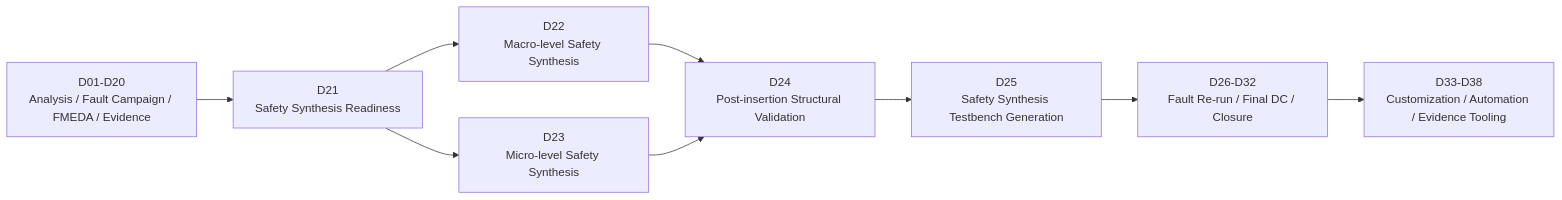
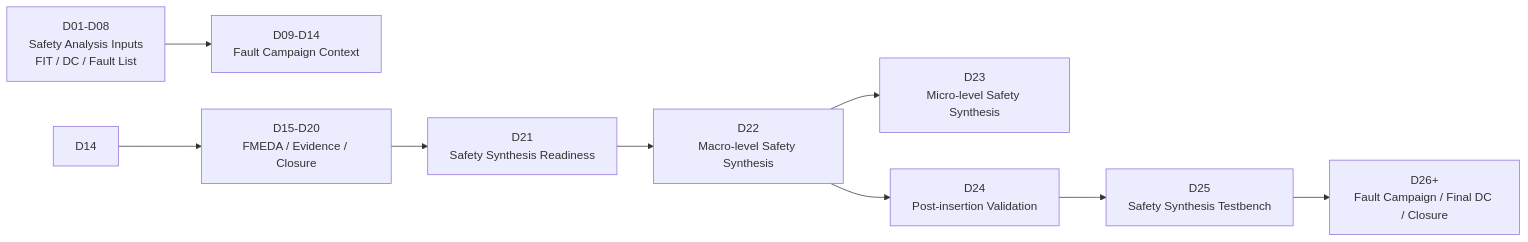
The first of 9 diagrams in articles/GitHub_D22_macro_level_safety_synthesis.md (qiqixixi1001/automotive-safeic-practice), drawn with Mermaid before and after one commit. The commit also changed other lines of this file, not shown here.

````diff
--- a/articles/GitHub_D22_macro_level_safety_synthesis.md
+++ b/articles/GitHub_D22_macro_level_safety_synthesis.md
@@ -31,11 +24,11 @@
 ```mermaid
 flowchart LR
-    A[D01-D20\nAnalysis / Fault Campaign / FMEDA / Evidence] --> B[D21\nSafety Synthesis Readiness]
-    B --> C[D22\nMacro-level Safety Synthesis]
-    B --> D[D23\nMicro-level Safety Synthesis]
-    C --> E[D24\nPost-insertion Structural Validation]
-    D --> E
-    E --> F[D25\nSafety Synthesis Testbench Generation]
-    F --> G[D26-D32\nFault Re-run / Final DC / Closure]
-    G --> H[D33-D38\nCustomization / Automation / Evidence Tooling]
+    D01[D01-D08<br/>Safety Analysis Inputs<br/>FIT / DC / Fault List] --> D09[D09-D14<br/>Fault Campaign Context]
+    D14 --> D15[D15-D20<br/>FMEDA / Evidence / Closure]
+    D15 --> D21[D21<br/>Safety Synthesis Readiness]
+    D21 --> D22[D22<br/>Macro-level Safety Synthesis]
+    D22 --> D23[D23<br/>Micro-level Safety Synthesis]
+    D22 --> D24[D24<br/>Post-insertion Validation]
+    D24 --> D25[D25<br/>Safety Synthesis Testbench]
+    D25 --> D26[D26+<br/>Fault Campaign / Final DC / Closure]
 ```
````
